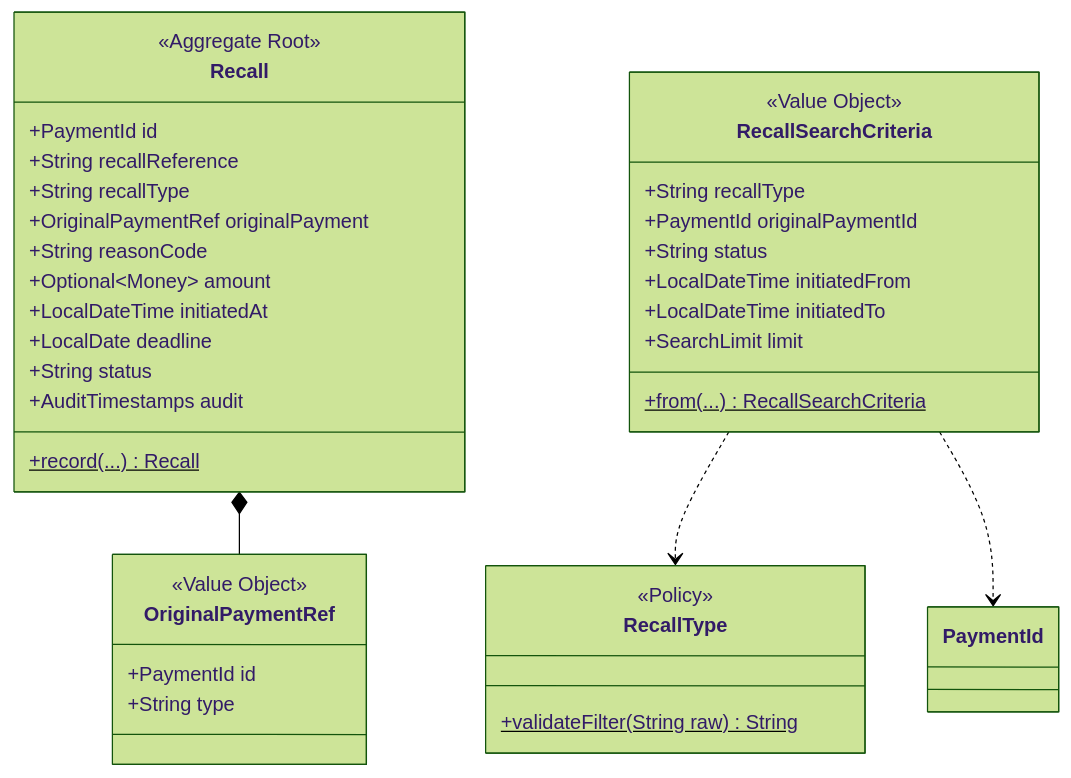
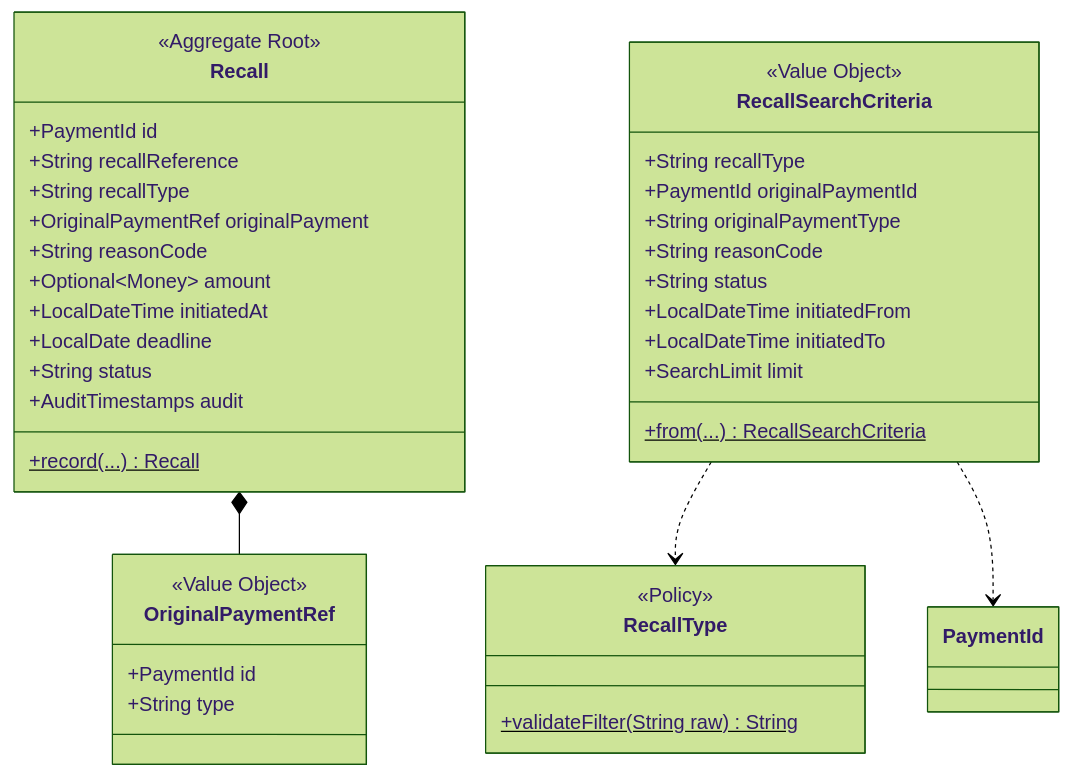
The fourth of 5 diagrams in realistic-mess-based-on-jpa-entities-challenge/isolated-domain-design.md (kevin-llps/payments-hexagonal-architecture-migration-challenge), drawn with Mermaid (forest theme) before and after one commit. The commit also changed other lines of this file and 1 other file, not shown here.

````diff
--- a/realistic-mess-based-on-jpa-entities-challenge/isolated-domain-design.md
+++ b/realistic-mess-based-on-jpa-entities-challenge/isolated-domain-design.md
@@ -354,39 +356,41 @@
 ```mermaid
 classDiagram
     class Recall {
         <<Aggregate Root>>
         +PaymentId id
         +String recallReference
         +String recallType
         +OriginalPaymentRef originalPayment
         +String reasonCode
         +Optional~Money~ amount
         +LocalDateTime initiatedAt
         +LocalDate deadline
         +String status
         +AuditTimestamps audit
         +record(...)$ Recall
     }
     class OriginalPaymentRef {
         <<Value Object>>
         +PaymentId id
         +String type
     }
     class RecallType {
         <<Policy>>
         +validateFilter(String raw)$ String
     }
     class RecallSearchCriteria {
         <<Value Object>>
         +String recallType
         +PaymentId originalPaymentId
+        +String originalPaymentType
+        +String reasonCode
         +String status
         +LocalDateTime initiatedFrom
         +LocalDateTime initiatedTo
         +SearchLimit limit
         +from(...)$ RecallSearchCriteria
     }
     Recall *-- OriginalPaymentRef
     RecallSearchCriteria ..> RecallType
     RecallSearchCriteria ..> PaymentId
 ```
````
